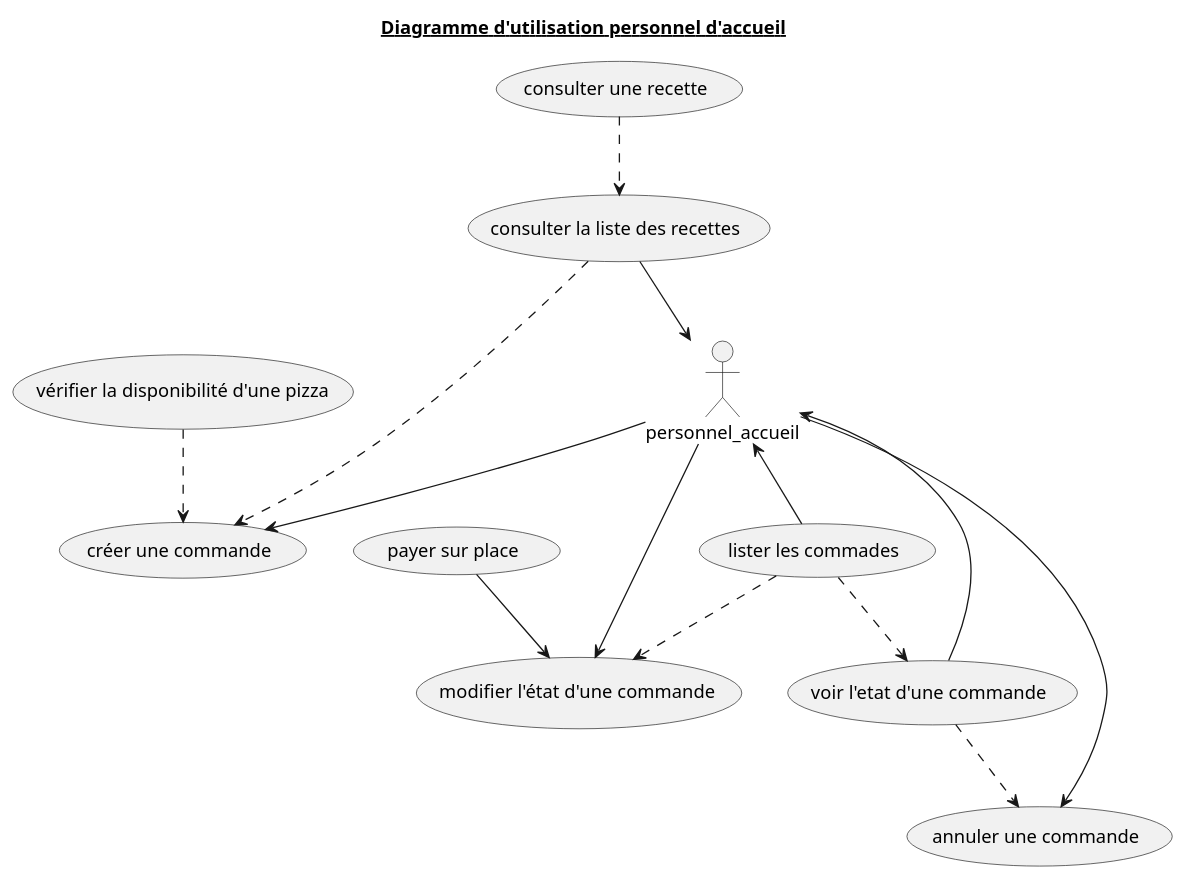
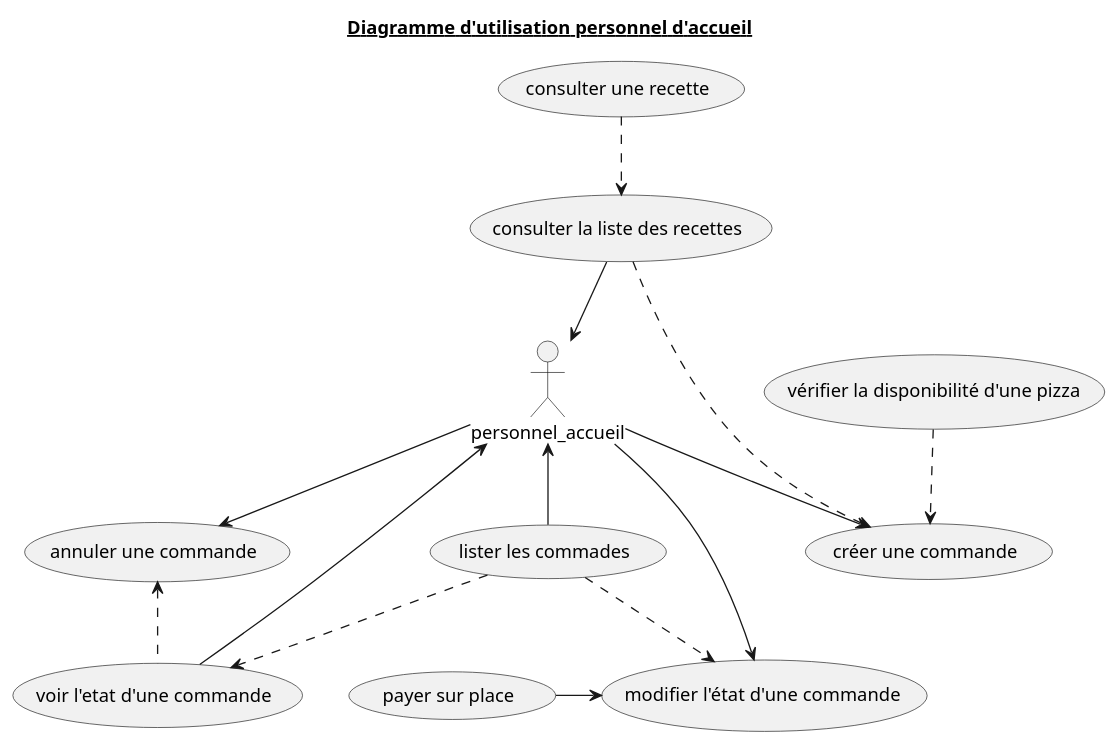
Before and after one commit to Zepmanbc/oc_dapython_pr4: the diagram in doc/uml/2_Accueil_UseCaseDiagram.puml, drawn with PlantUML. The commit also changed 24 other files, not shown here.

```diff
--- a/doc/uml/2_Accueil_UseCaseDiagram.puml
+++ b/doc/uml/2_Accueil_UseCaseDiagram.puml
@@ -1,41 +1,41 @@
-@startuml Accueil_UseCaseDiagram
+@startuml 2_Accueil_UseCaseDiagram
 
 title <u>Diagramme d'utilisation personnel d'accueil</u>
 'left to right direction
 actor personnel_accueil as ACCUEIL
 
 'COMMANDES
     (créer une commande) AS CREATE_CMD
     (lister les commades) AS LIST_CMD
     (voir l'etat d'une commande) AS SHOW_STATE_CMD
     (modifier l'état d'une commande) AS MODIFY_STATE_CMD
     (payer sur place) AS PAY_STORE_CMD
     (annuler une commande) AS CANCEL_CMD
 
 ' RECETTE
     (consulter la liste des recettes) AS LIST_RECIPE
     (consulter une recette) AS SHOW_RECIPE
     (vérifier la disponibilité d'une pizza) AS AVAIL_RECIPE
 
 ' INGREDIENTS
 
 ACCUEIL <-u- LIST_RECIPE
 ACCUEIL --> CREATE_CMD
 
 ACCUEIL --> MODIFY_STATE_CMD
 
 ACCUEIL <-- LIST_CMD
 ACCUEIL <-- SHOW_STATE_CMD
 ACCUEIL --> CANCEL_CMD
 
 SHOW_RECIPE ..> LIST_RECIPE
 AVAIL_RECIPE ..> CREATE_CMD
 
-SHOW_STATE_CMD ..> CANCEL_CMD
-PAY_STORE_CMD --> MODIFY_STATE_CMD
+SHOW_STATE_CMD .l.> CANCEL_CMD
+PAY_STORE_CMD -r-> MODIFY_STATE_CMD
 LIST_CMD ..> SHOW_STATE_CMD
 LIST_CMD ..> MODIFY_STATE_CMD
 
 LIST_RECIPE ..> CREATE_CMD
 
 @enduml
```
